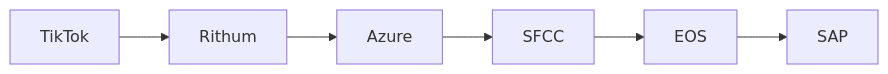
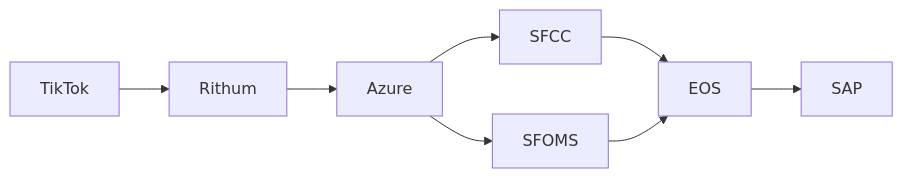
Before and after one commit to alienfacepalm/columbia-social-order-use-case: the fifth of 10 diagrams in presentation.md, drawn with Mermaid. The commit also changed other lines of this file and 7 other files, not shown here.

````diff
--- a/presentation.md
+++ b/presentation.md
@@ -216,8 +216,10 @@
 ```mermaid
 flowchart LR
     TT["TikTok"] --> R["Rithum"]
     R --> AZ["Azure"]
     AZ --> SFCC["SFCC"]
+    AZ --> SFOMS["SFOMS"]
     SFCC --> EOS["EOS"]
+    SFOMS --> EOS
     EOS --> SAP["SAP"]
 ```
````
